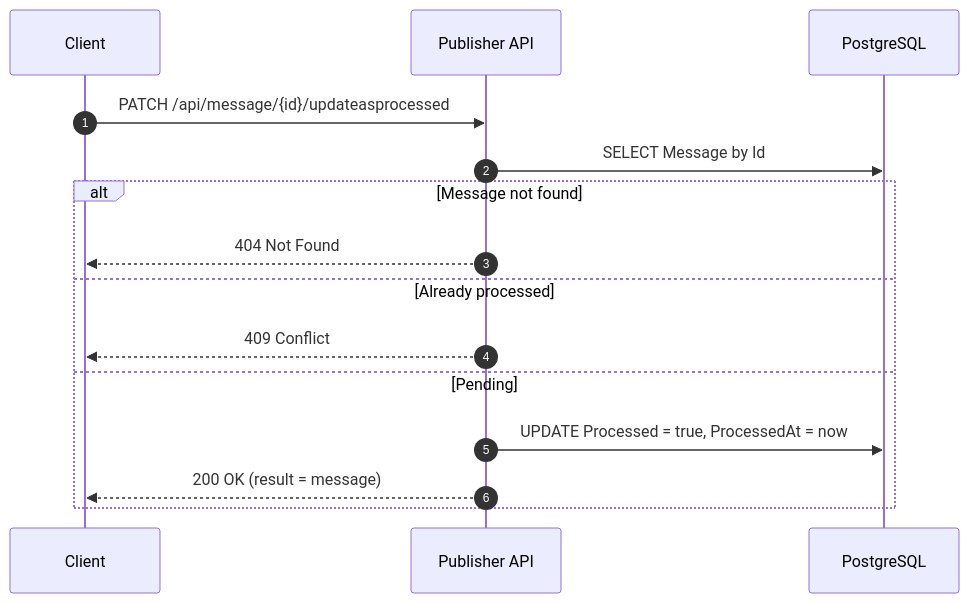
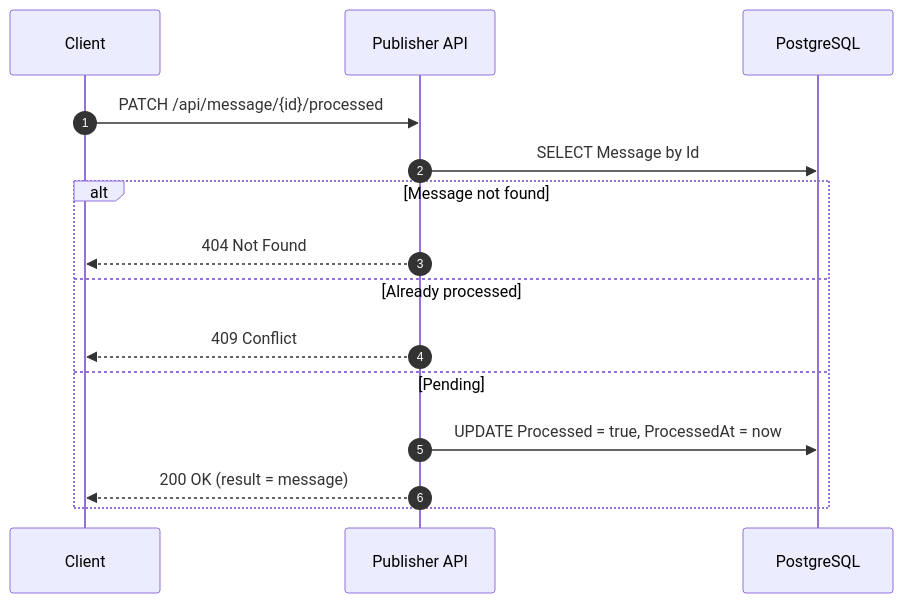
The fourth of 6 diagrams in README.md (Judamaro/rabbitmqpublisher-dotnet), drawn with Mermaid before and after one commit. The commit also changed other lines of this file and 2 other files, not shown here.

First line of the commit message:
refactor(api)!: use REST routes for errors and processed messages

````diff
--- a/README.md
+++ b/README.md
@@ -220,18 +223,18 @@
 ```mermaid
 sequenceDiagram
     autonumber
     participant Client
     participant API as Publisher API
     participant DB as PostgreSQL
 
-    Client->>API: PATCH /api/message/{id}/updateasprocessed
+    Client->>API: PATCH /api/message/{id}/processed
     API->>DB: SELECT Message by Id
     alt Message not found
         API-->>Client: 404 Not Found
     else Already processed
         API-->>Client: 409 Conflict
     else Pending
         API->>DB: UPDATE Processed = true, ProcessedAt = now
         API-->>Client: 200 OK (result = message)
     end
 ```
````
